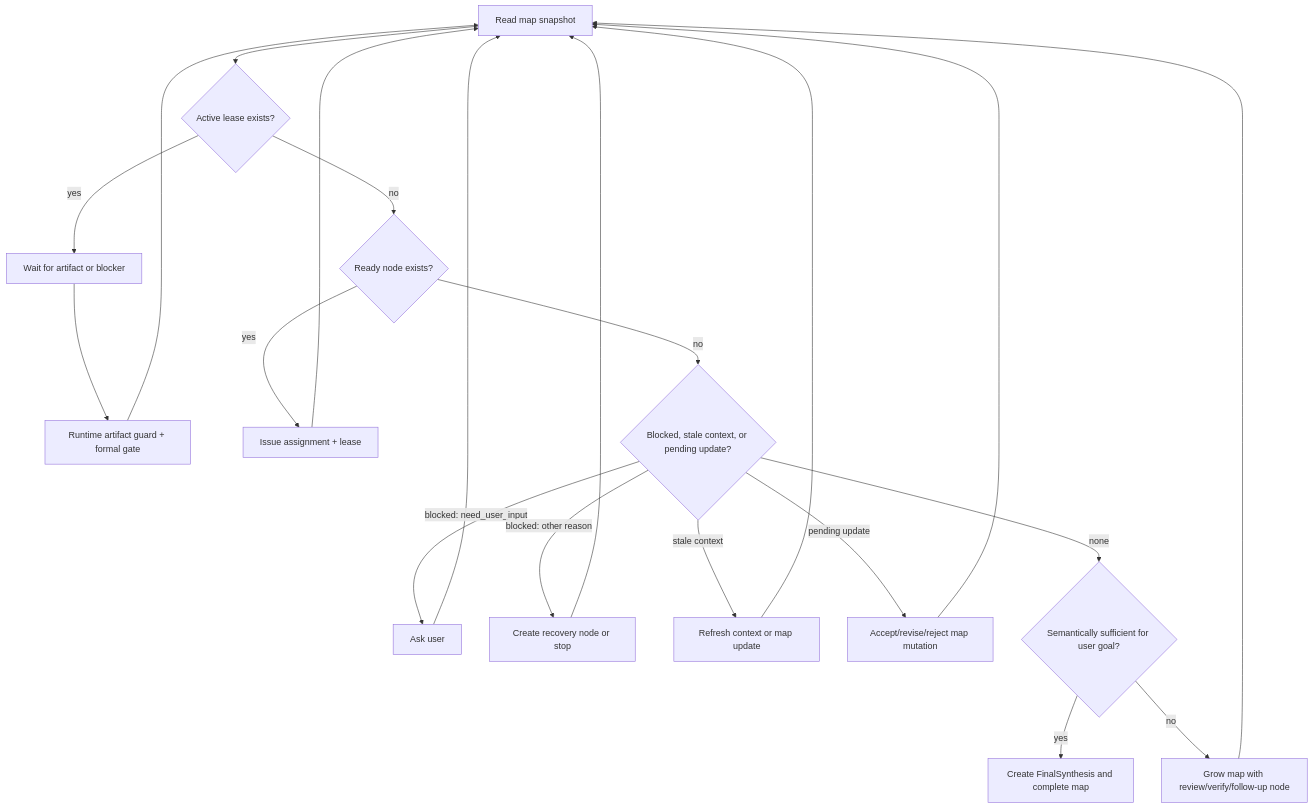
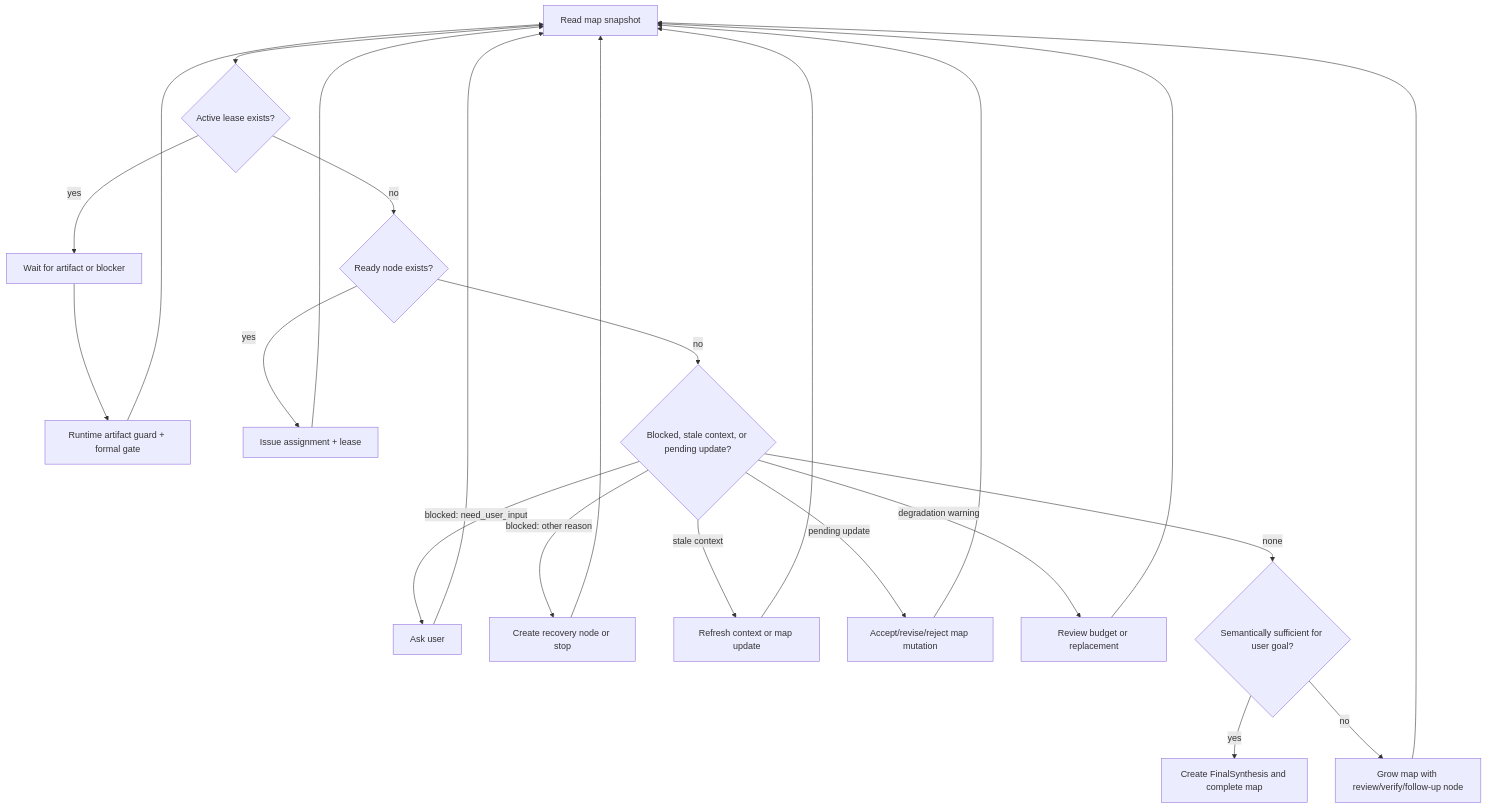
The third of 4 diagrams in docs/plans/2026-04-25-multi-agent-collaboration-architecture.md (ceasarXuu/WhaleCode), drawn with Mermaid before and after one commit. The commit also changed other lines of this file, not shown here.

Commit message:
docs: define map degradation budgets

````diff
--- a/docs/plans/2026-04-25-multi-agent-collaboration-architecture.md
+++ b/docs/plans/2026-04-25-multi-agent-collaboration-architecture.md
@@ -977,26 +1123,28 @@
 ```mermaid
 flowchart TD
     A["Read map snapshot"] --> B{"Active lease exists?"}
     B -->|yes| C["Wait for artifact or blocker"]
     C --> D["Runtime artifact guard + formal gate"]
     D --> A
 
     B -->|no| E{"Ready node exists?"}
     E -->|yes| F["Issue assignment + lease"]
     F --> A
 
     E -->|no| G{"Blocked, stale context, or pending update?"}
     G -->|blocked: need_user_input| H["Ask user"]
     G -->|blocked: other reason| I["Create recovery node or stop"]
     G -->|stale context| J["Refresh context or map update"]
     G -->|pending update| K["Accept/revise/reject map mutation"]
+    G -->|degradation warning| Q["Review budget or replacement"]
     H --> A
     I --> A
     J --> A
     K --> A
+    Q --> A
 
     G -->|none| L{"Semantically sufficient for user goal?"}
     L -->|yes| M["Create FinalSynthesis and complete map"]
     L -->|no| N["Grow map with review/verify/follow-up node"]
     N --> A
 ```
````
